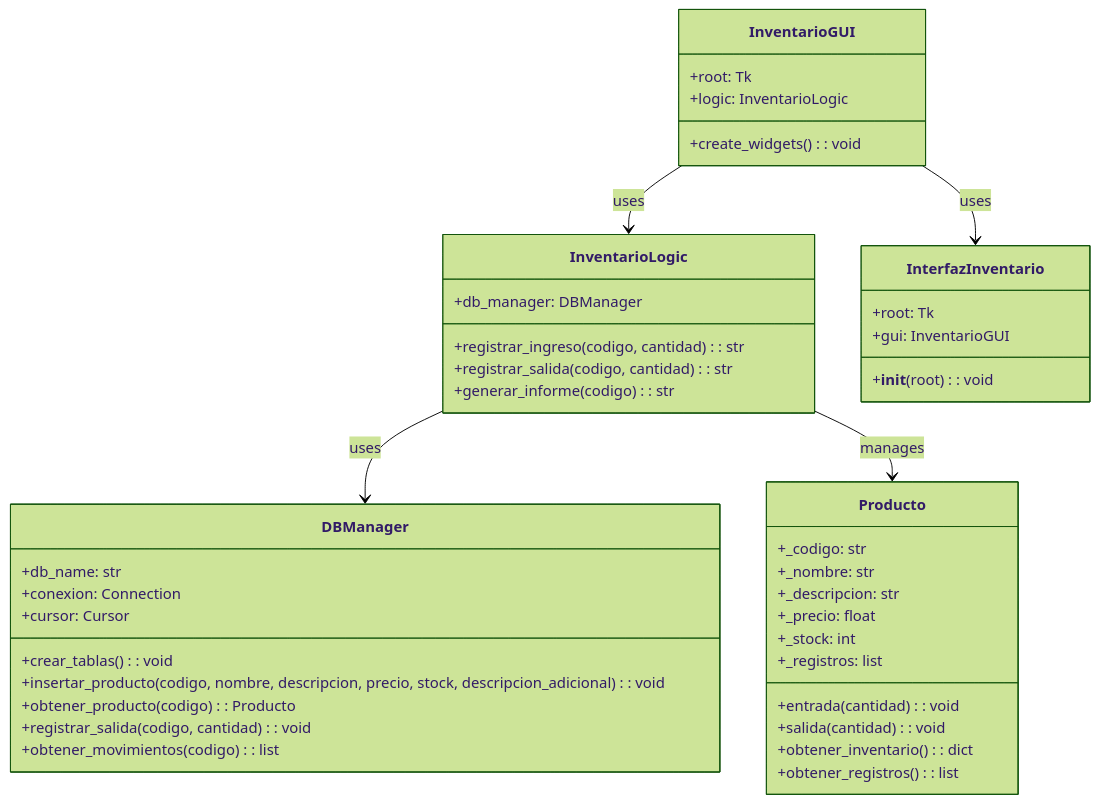
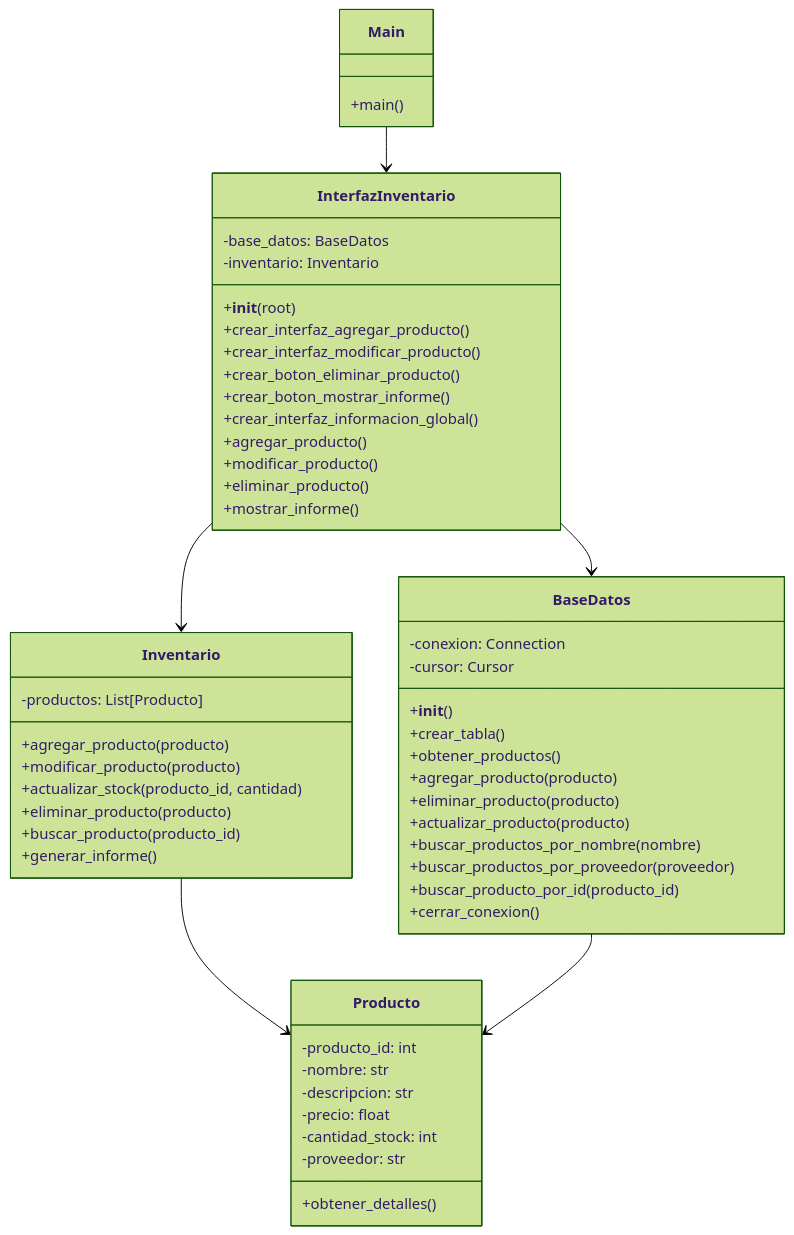
One commit to arnoldoswaldo/proyecto_poo_unal changed the diagram in README.md. Above: the diagram before and after it, drawn with Mermaid (forest theme). The commit also changed other lines of this file, not shown here.

````diff
--- a/README.md
+++ b/README.md
@@ -7,53 +7,58 @@
 ```mermaid
 classDiagram
-    class DBManager {
-        +db_name: str
-        +conexion: Connection
-        +cursor: Cursor
-        +crear_tablas(): void
-        +insertar_producto(codigo, nombre, descripcion, precio, stock, descripcion_adicional): void
-        +obtener_producto(codigo): Producto
-        +registrar_salida(codigo, cantidad): void
-        +obtener_movimientos(codigo): list
+    class Main {
+        +main()
     }
-
-    class InventarioLogic {
-        +db_manager: DBManager
-        +registrar_ingreso(codigo, cantidad): str
-        +registrar_salida(codigo, cantidad): str
-        +generar_informe(codigo): str
+    class InterfazInventario {
+        -base_datos: BaseDatos
+        -inventario: Inventario
+        +__init__(root)
+        +crear_interfaz_agregar_producto()
+        +crear_interfaz_modificar_producto()
+        +crear_boton_eliminar_producto()
+        +crear_boton_mostrar_informe()
+        +crear_interfaz_informacion_global()
+        +agregar_producto()
+        +modificar_producto()
+        +eliminar_producto()
+        +mostrar_informe()
     }
-
+    class BaseDatos {
+        -conexion: Connection
+        -cursor: Cursor
+        +__init__()
+        +crear_tabla()
+        +obtener_productos()
+        +agregar_producto(producto)
+        +eliminar_producto(producto)
+        +actualizar_producto(producto)
+        +buscar_productos_por_nombre(nombre)
+        +buscar_productos_por_proveedor(proveedor)
+        +buscar_producto_por_id(producto_id)
+        +cerrar_conexion()
+    }
+    class Inventario {
+        -productos: List[Producto]
+        +agregar_producto(producto)
+        +modificar_producto(producto)
+        +actualizar_stock(producto_id, cantidad)
+        +eliminar_producto(producto)
+        +buscar_producto(producto_id)
+        +generar_informe()
+    }
     class Producto {
-        +_codigo: str
-        +_nombre: str
-        +_descripcion: str
-        +_precio: float
-        +_stock: int
-        +_registros: list
-        +entrada(cantidad): void
-        +salida(cantidad): void
-        +obtener_inventario(): dict
-        +obtener_registros(): list
+        -producto_id: int
+        -nombre: str
+        -descripcion: str
+        -precio: float
+        -cantidad_stock: int
+        -proveedor: str
+        +obtener_detalles()
     }
-
-    class InventarioGUI {
-        +root: Tk
-        +logic: InventarioLogic
-        +create_widgets(): void
-    }
-
-    class InterfazInventario {
-        +root: Tk
-        +gui: InventarioGUI
-        +__init__(root): void
-    }
-
-    InventarioLogic --> DBManager : uses
-    InventarioGUI --> InventarioLogic : uses
-    InventarioLogic --> Producto : manages
-    InventarioGUI --> InterfazInventario : uses
-markdown
-Copiar código
+    Main --> InterfazInventario 
+    InterfazInventario --> BaseDatos 
+    InterfazInventario --> Inventario 
+    Inventario --> Producto 
+    BaseDatos --> Producto 
 
 ```
````
